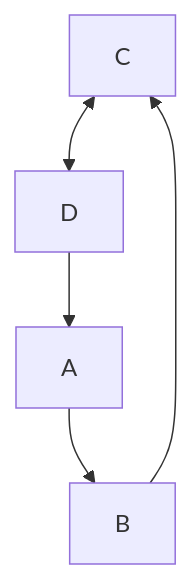
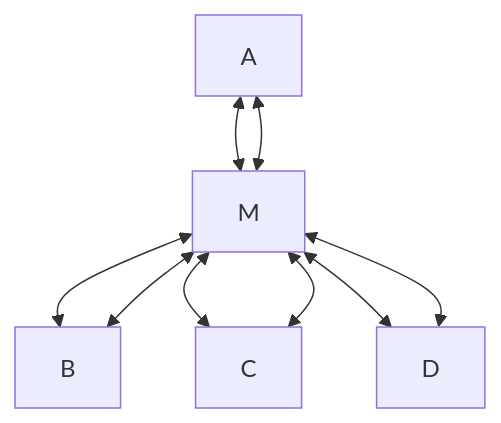
One commit to coderATP/SuitsUp changed the diagram in README.md. Above: the diagram before and after it, drawn with Mermaid.

````diff
--- a/README.md
+++ b/README.md
@@ -14,7 +14,7 @@
 ```mermaid
 graph TD;
-C<-->D;
-D-->A;
-A-->B;
-B-->C;
+A<-->M<-->B;
+B<-->M<-->C;
+C<-->M<-->D;
+D<-->M<-->A;
 ```
````
